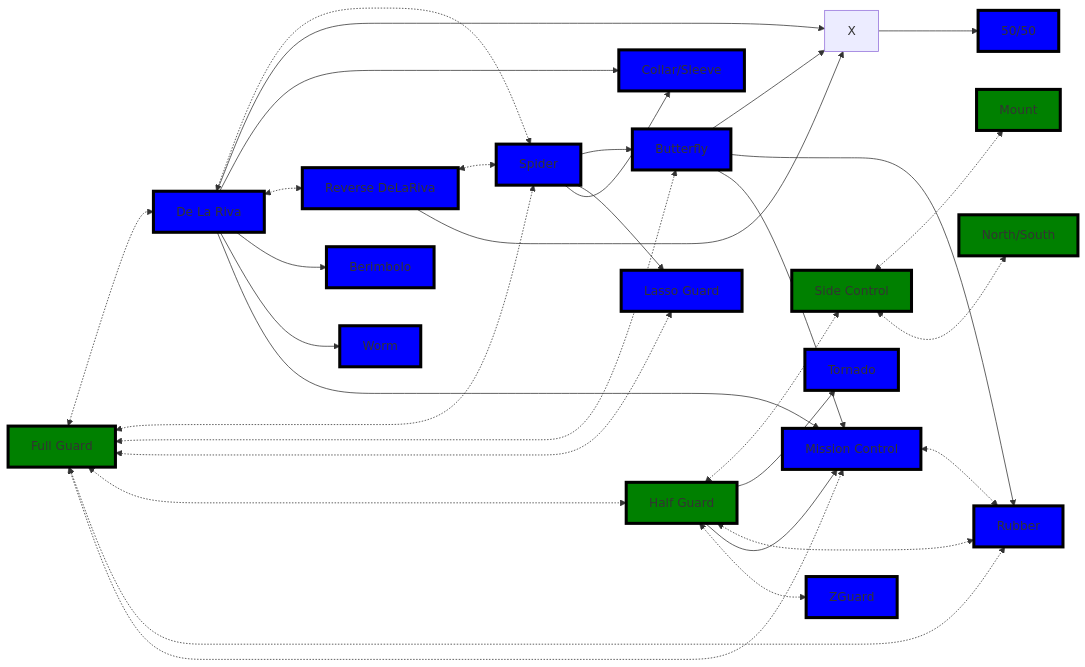
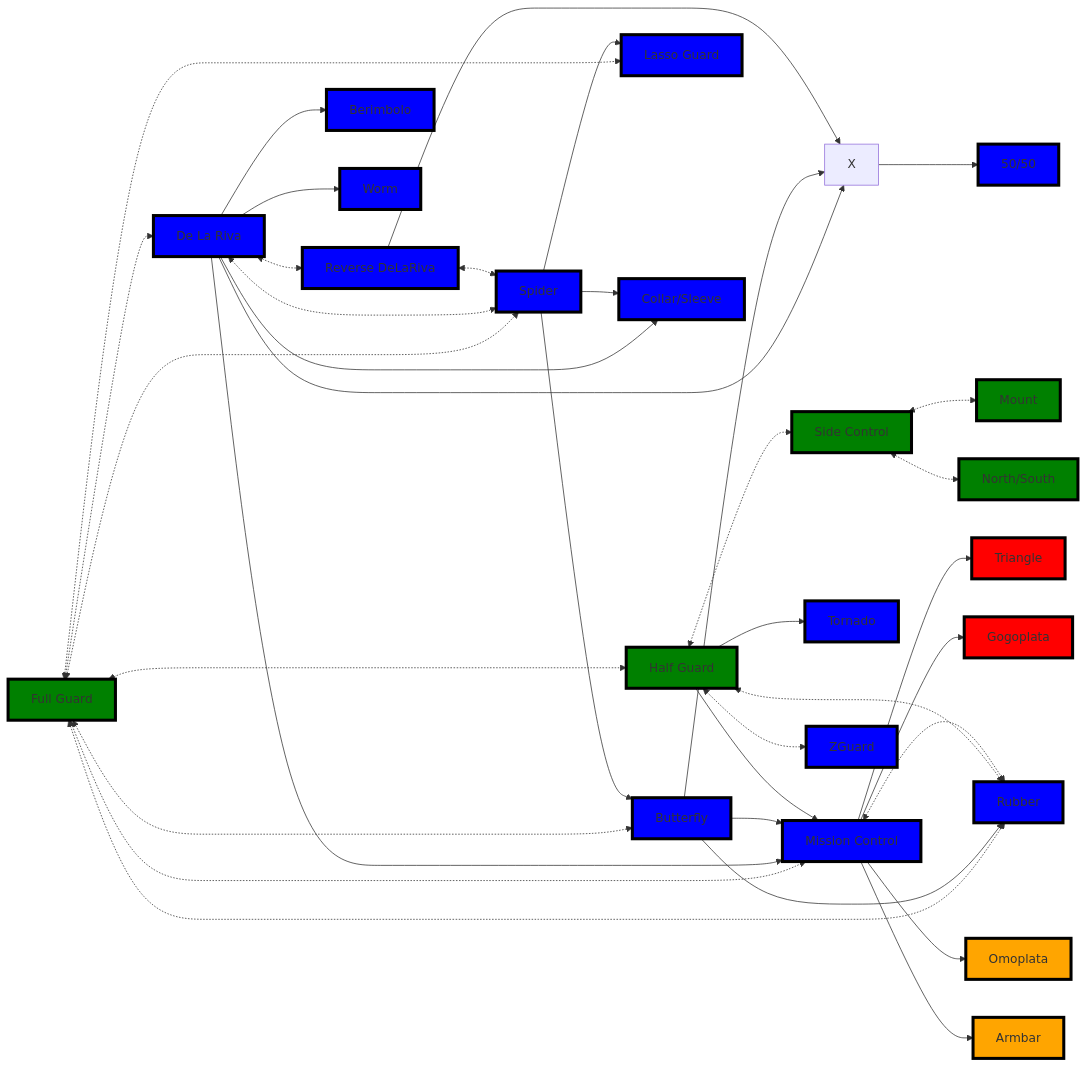
One commit to jacgit18/DevHiveMind changed the first of 2 diagrams in _BJJ/Guards Directory.md. Above: the diagram before and after it, drawn with Mermaid. The commit also changed other lines of this file, not shown here.

Commit message:
M "_BJJ/Guards Directory.md"

````diff
--- a/_BJJ/Guards Directory.md
+++ b/_BJJ/Guards Directory.md
@@ -60,8 +42,12 @@
 	P[Tornado]
 	Q[Rubber]
 	R[Mission Control]
+	Z[ZGuard]
 
-	Z[ZGuard]
+	1[Triangle]
+	2[Gogoplata]
+	3[Omoplata]
+	4[Armbar]
 
     A <-.-> B
     A <-.-> C
@@ -94,6 +80,10 @@
 	L --> F
 	I <-.-> K
 	R <-.-> Q 
+	R --> 1
+	R --> 2
+	R --> 3 
+	R --> 4 
 
 style A fill:green,stroke:black,stroke-width:4px,shadow:shadow
 
@@ -130,4 +120,13 @@
 style R fill:blue,stroke:black,stroke-width:4px,shadow:shadow
 
 style Z fill:blue,stroke:black,stroke-width:4px,shadow:shadow
+
+
+style 1 fill:red,stroke:black,stroke-width:4px,shadow:shadow
+
+style 2 fill:red,stroke:black,stroke-width:4px,shadow:shadow
+
+style 3 fill:orange,stroke:black,stroke-width:4px,shadow:shadow
+
+style 4 fill:orange,stroke:black,stroke-width:4px,shadow:shadow
 ```
````
